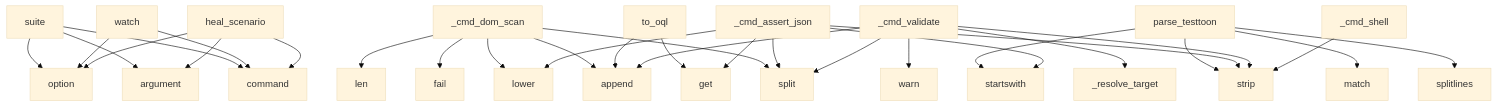
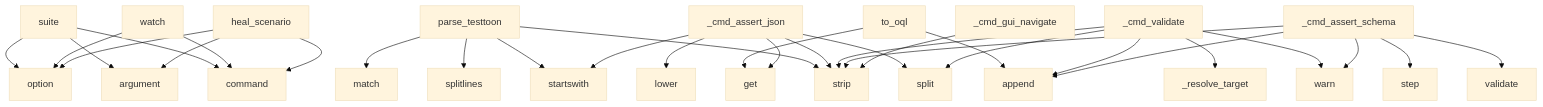
The diagram in project/context.md (oqlos/testql), drawn with Mermaid (base theme) before and after one commit. The commit also changed other lines of this file and 32 other files, not shown here.

````diff
--- a/project/context.md
+++ b/project/context.md
@@ -560,33 +549,33 @@
 ```mermaid
 graph TD
-    _cmd_dom_scan --> split
-    _cmd_dom_scan --> lower
-    _cmd_dom_scan --> fail
-    _cmd_dom_scan --> append
-    _cmd_dom_scan --> len
     suite --> command
     suite --> argument
     suite --> option
     to_oql --> get
     to_oql --> append
     watch --> command
     watch --> option
     parse_testtoon --> splitlines
     parse_testtoon --> match
     parse_testtoon --> startswith
     parse_testtoon --> strip
     heal_scenario --> command
     heal_scenario --> argument
     heal_scenario --> option
     _cmd_assert_json --> split
     _cmd_assert_json --> startswith
     _cmd_assert_json --> strip
     _cmd_assert_json --> lower
     _cmd_assert_json --> get
     _cmd_validate --> split
     _cmd_validate --> strip
     _cmd_validate --> _resolve_target
     _cmd_validate --> warn
     _cmd_validate --> append
-    _cmd_shell --> strip
+    _cmd_assert_schema --> strip
+    _cmd_assert_schema --> warn
+    _cmd_assert_schema --> validate
+    _cmd_assert_schema --> step
+    _cmd_assert_schema --> append
+    _cmd_gui_navigate --> strip
 ```
````
